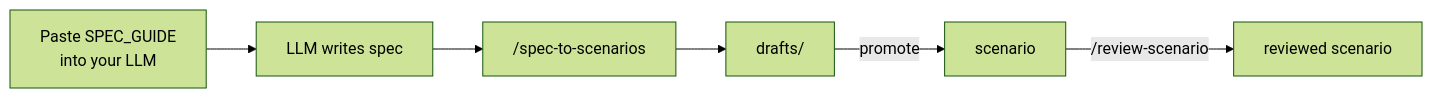
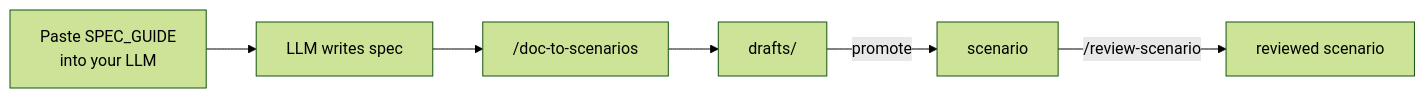
Before and after one commit to mattbobambrose/playwright-scenarios: the second of 5 diagrams in website/playwright-scenarios/docs/workflow.md, drawn with Mermaid (forest theme). The commit also changed other lines of this file and 15 other files, not shown here.

````diff
--- a/website/playwright-scenarios/docs/workflow.md
+++ b/website/playwright-scenarios/docs/workflow.md
@@ -37,8 +37,8 @@
 ``` mermaid
 graph LR
     A[Paste SPEC_GUIDE\ninto your LLM] --> B[LLM writes spec]
-    B --> C["/spec-to-scenarios"]
+    B --> C["/doc-to-scenarios"]
     C --> D["drafts/"]
     D -->|promote| E[scenario]
     E -->|"/review-scenario"| F[reviewed scenario]
 ```
````
